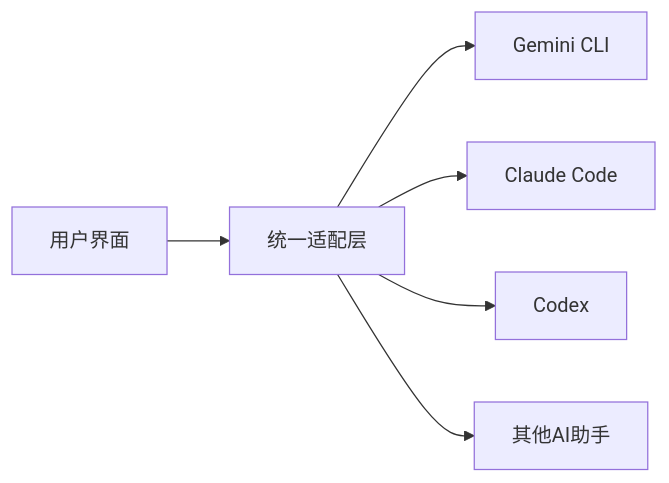
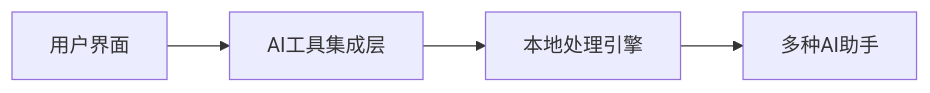
Before and after one commit to wayyoungboy/github-trending-reporter: the first of 7 diagrams in reports/2026/01/2026-01-20.md, drawn with Mermaid. The commit also changed other lines of this file and 1 other file, not shown here.

````diff
--- a/reports/2026/01/2026-01-20.md
+++ b/reports/2026/01/2026-01-20.md
@@ -56,8 +56,6 @@
 ```mermaid
 graph LR
-    A[用户界面] --> B[统一适配层]
-    B --> C[Gemini CLI]
-    B --> D[Claude Code]
-    B --> E[Codex]
-    B --> F[其他AI助手]
+    A[用户界面] --> B[AI工具集成层]
+    B --> C[本地处理引擎]
+    C --> D[多种AI助手]
 ```
````
